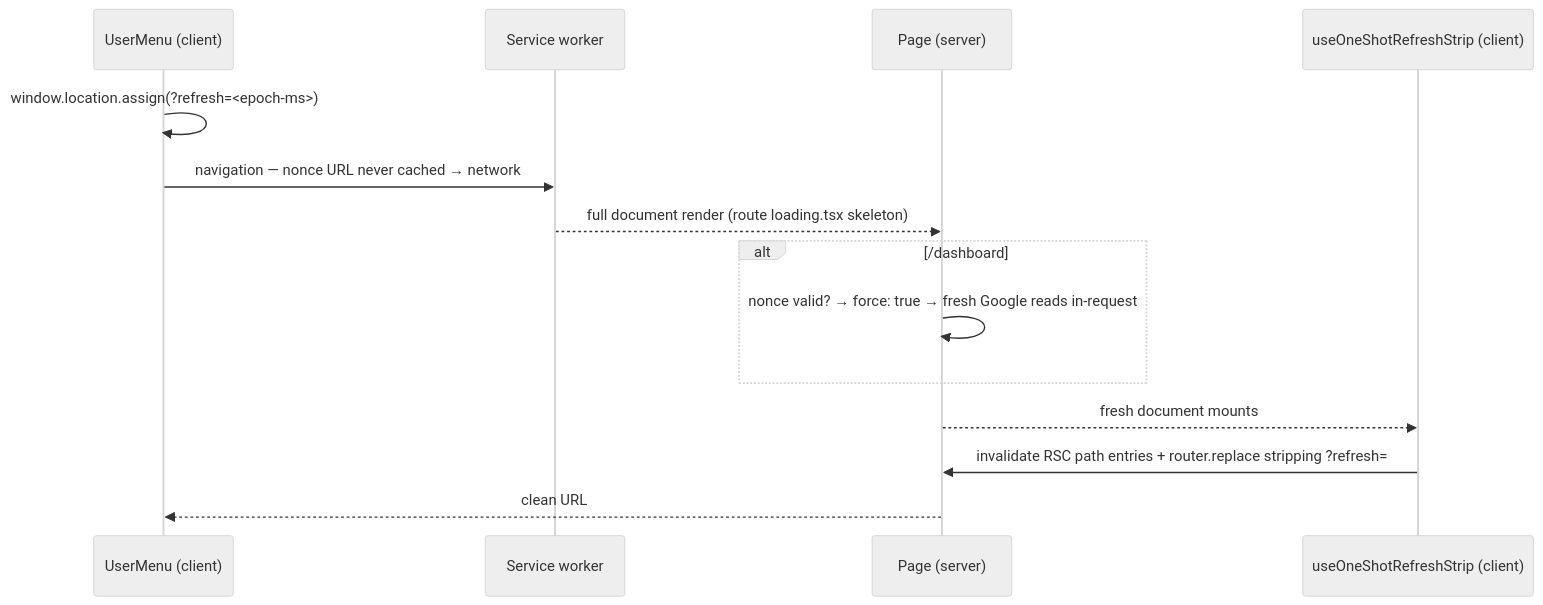
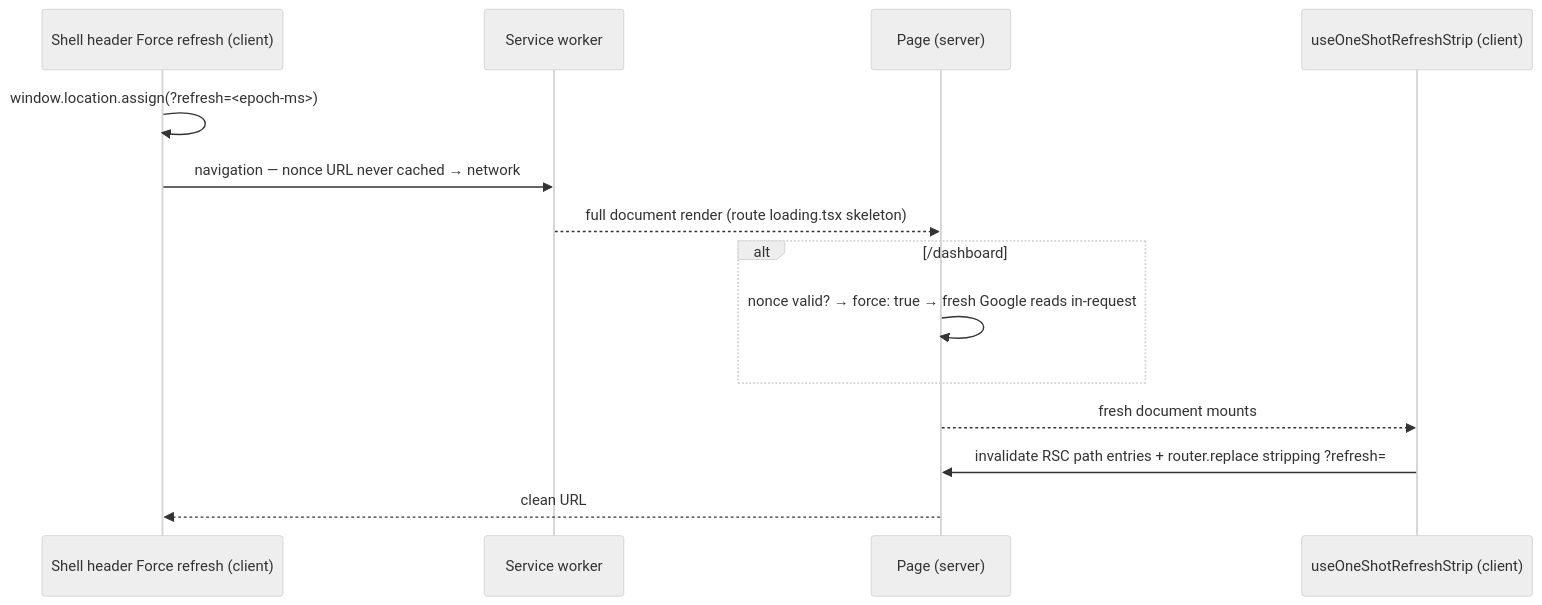
The second of 5 diagrams in docs/loading-transitions.md (oncloudnintynineone-source/cloudy2), drawn with Mermaid (neutral theme) before and after one commit. The commit also changed other lines of this file and 18 other files, not shown here.

Commit message:
Header force refresh; theme switcher into profile menu

````diff
--- a/docs/loading-transitions.md
+++ b/docs/loading-transitions.md
@@ -240,16 +240,16 @@
 ```mermaid
 sequenceDiagram
-    participant V as UserMenu (client)
+    participant V as Shell header Force refresh (client)
     participant SW as Service worker
     participant P as Page (server)
     participant R as useOneShotRefreshStrip (client)
     V->>V: window.location.assign(?refresh=<epoch-ms>)
     V->>SW: navigation — nonce URL never cached → network
     SW-->>P: full document render (route loading.tsx skeleton)
     alt /dashboard
         P->>P: nonce valid? → force: true → fresh Google reads in-request
     end
     P-->>R: fresh document mounts
     R->>P: invalidate RSC path entries + router.replace stripping ?refresh=
     P-->>V: clean URL
 ```
````
